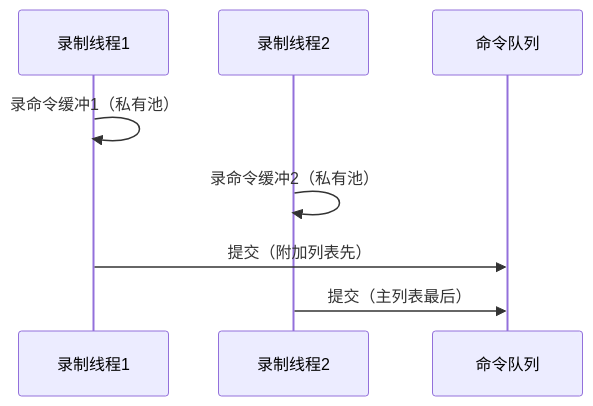
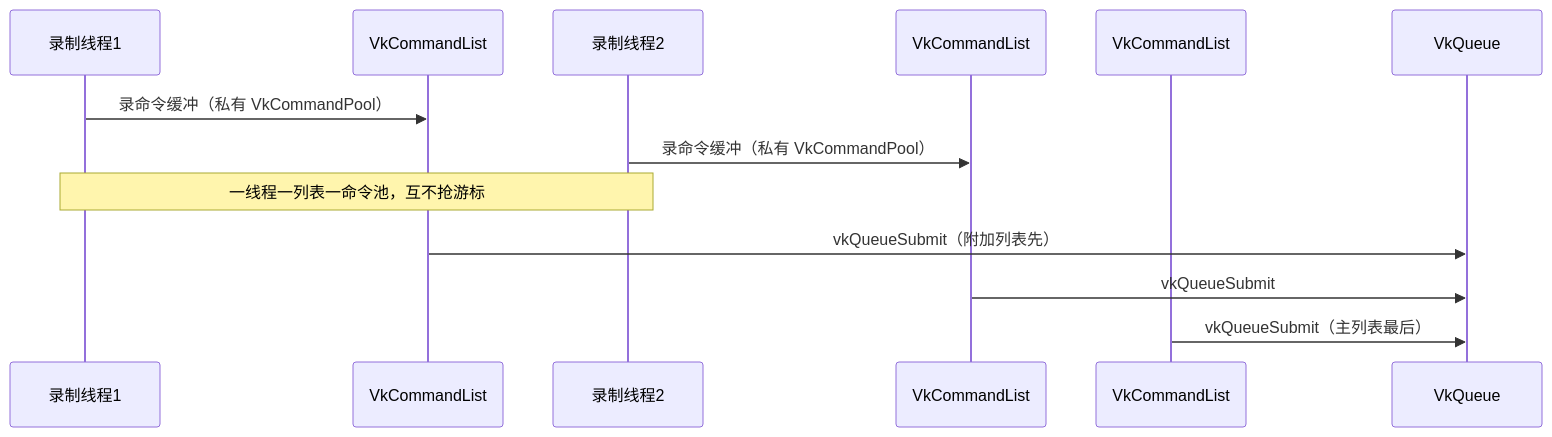
Before and after one commit to tangzheheshui/cmake_opengl_glfw_imgui: the seventh of 7 diagrams in docs/2-类设计与时序图.md, drawn with Mermaid. The commit also changed other lines of this file and 23 other files, not shown here.

````diff
--- a/docs/2-类设计与时序图.md
+++ b/docs/2-类设计与时序图.md
@@ -186,10 +289,16 @@
 ```mermaid
 sequenceDiagram
     participant t1 as 录制线程1
+    participant l1 as VkCommandList#1
     participant t2 as 录制线程2
-    participant q as 命令队列
-    t1->>t1: 录命令缓冲1（私有池）
-    t2->>t2: 录命令缓冲2（私有池）
-    t1->>q: 提交（附加列表先）
-    t2->>q: 提交（主列表最后）
+    participant l2 as VkCommandList#2
+    participant main as VkCommandList#主
+    participant q as VkQueue
+
+    t1->>l1: 录命令缓冲（私有 VkCommandPool）
+    t2->>l2: 录命令缓冲（私有 VkCommandPool）
+    Note over t1,t2: 一线程一列表一命令池，互不抢游标
+    l1->>q: vkQueueSubmit（附加列表先）
+    l2->>q: vkQueueSubmit
+    main->>q: vkQueueSubmit（主列表最后）
 ```
````
